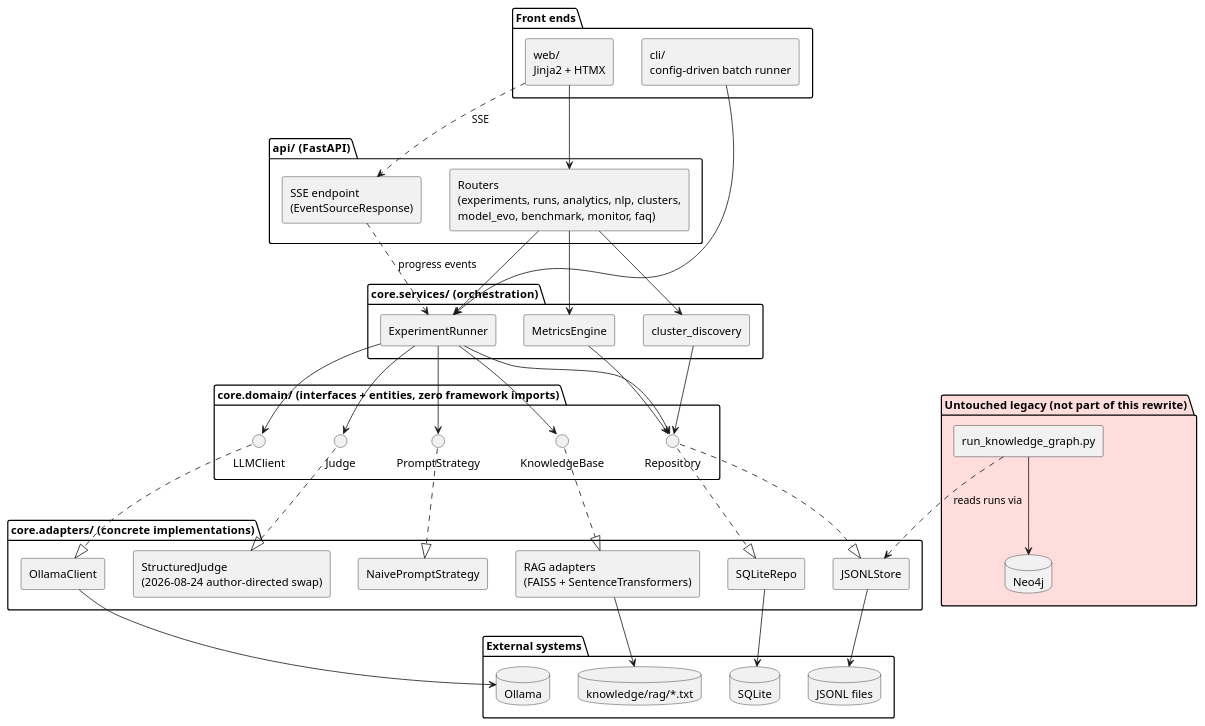
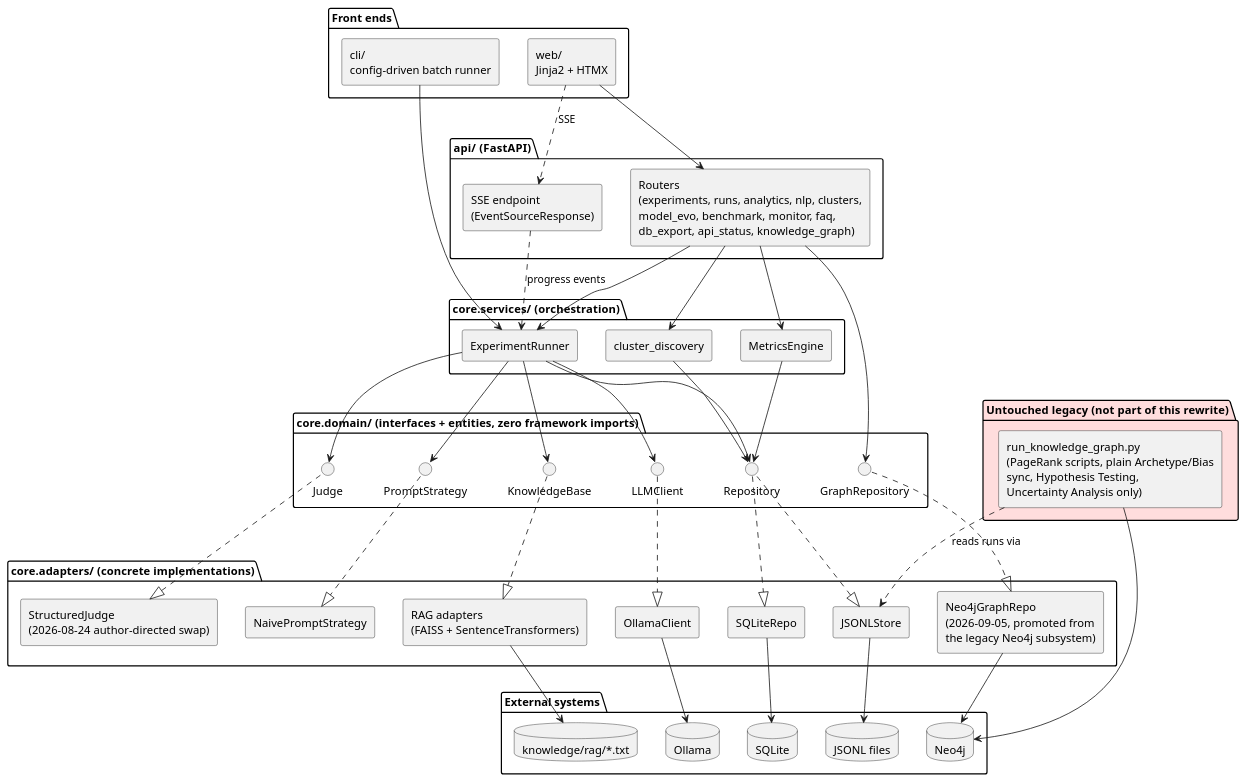
The first of 9 diagrams in docs/source/architecture.rst (ooge0/nn_lab), drawn with PlantUML before and after one commit. The commit also changed other lines of this file and 17 other files, not shown here.

```diff
--- a/docs/source/architecture.rst
+++ b/docs/source/architecture.rst
@@ -29,7 +29,7 @@
    }
 
    package "api/  (FastAPI)" {
-     [Routers\n(experiments, runs, analytics, nlp, clusters,\nmodel_evo, benchmark, monitor, faq)] as ROUTERS
+     [Routers\n(experiments, runs, analytics, nlp, clusters,\nmodel_evo, benchmark, monitor, faq,\ndb_export, api_status, knowledge_graph)] as ROUTERS
      [SSE endpoint\n(EventSourceResponse)] as SSE
    }
 
@@ -45,6 +45,7 @@
      interface PromptStrategy as IPROMPT
      interface Repository as IREPO
      interface KnowledgeBase as IKB
+     interface GraphRepository as IGRAPH
    }
 
    package "core.adapters/  (concrete implementations)" {
@@ -54,6 +55,7 @@
      [RAG adapters\n(FAISS + SentenceTransformers)] as ARAG
      [StructuredJudge\n(2026-08-24 author-directed swap)] as AJUDGE
      [NaivePromptStrategy] as APROMPT
+     [Neo4jGraphRepo\n(2026-09-05, promoted from\nthe legacy Neo4j subsystem)] as AGRAPH
    }
 
    package "External systems" {
@@ -61,11 +63,11 @@
      database SQLite as SQLITE
      database "JSONL files" as JSONL
      database "knowledge/rag/*.txt" as KB
+     database Neo4j as NEO4J
    }
 
    package "Untouched legacy  (not part of this rewrite)" #FFDDDD {
-     [run_knowledge_graph.py] as KGSCRIPT
-     database Neo4j as NEO4J
+     [run_knowledge_graph.py\n(PageRank scripts, plain Archetype/Bias\nsync, Hypothesis Testing,\nUncertainty Analysis only)] as KGSCRIPT
    }
 
    WEB --> ROUTERS
@@ -74,6 +76,7 @@
    ROUTERS --> RUNNER
    ROUTERS --> METRICS
    ROUTERS --> CLUSTERSVC
+   ROUTERS --> IGRAPH
    SSE ..> RUNNER : progress events
    RUNNER --> ILLM
    RUNNER --> IJUDGE
@@ -89,11 +92,13 @@
    IREPO ..|> AJSONL
    IREPO ..|> ASQLITE
    IKB ..|> ARAG
+   IGRAPH ..|> AGRAPH
 
    AOLLAMA --> OLLAMA
    AJSONL --> JSONL
    ASQLITE --> SQLITE
    ARAG --> KB
+   AGRAPH --> NEO4J
 
    KGSCRIPT ..> AJSONL : reads runs via
    KGSCRIPT --> NEO4J
```
